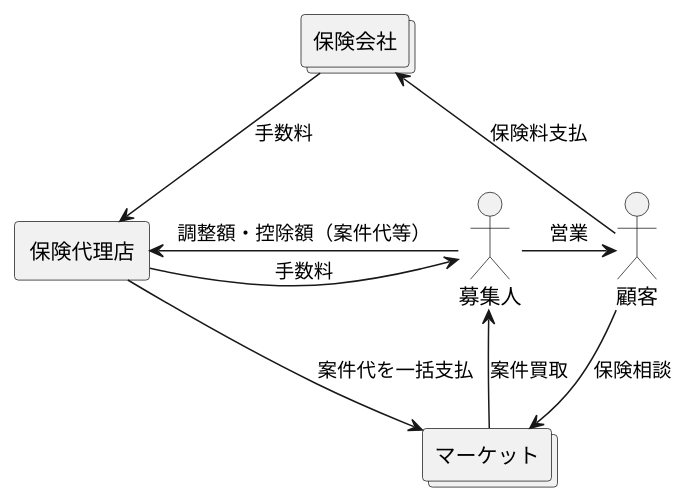
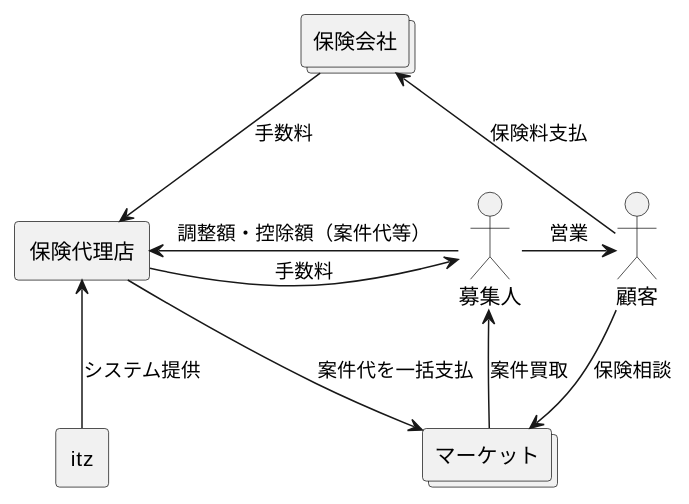
One commit to i-osawa/diagram-lt changed the second of 4 diagrams in PlantUML-LT.md. Above: the diagram before and after it, drawn with PlantUML. The commit also changed other lines of this file, not shown here.

Commit message:
mermaid追加

````diff
--- a/PlantUML-LT.md
+++ b/PlantUML-LT.md
@@ -3,19 +10,20 @@
 ```plantuml
 @startuml
 collections 保険会社
-agent 保険代理店 as hoken
+agent 保険代理店 as doit
 actor 募集人
 collections マーケット
 actor 顧客
+agent itz
 
 保険会社<-do-顧客: 保険料支払
 募集人<-do-マーケット: 案件買取
 募集人-ri->顧客: 営業
-hoken-ri->募集人: 手数料
-hoken<-ri-募集人: 調整額・控除額（案件代等）
-hoken->マーケット: 案件代を一括支払
-hoken<-up-保険会社: 手数料
+doit-ri->募集人: 手数料
+doit<-ri-募集人: 調整額・控除額（案件代等）
+doit->マーケット: 案件代を一括支払
+doit<-up-保険会社: 手数料
 マーケット<-up-顧客: 保険相談
-
+doit<-do-itz: システム提供
 @enduml
 ```
````
